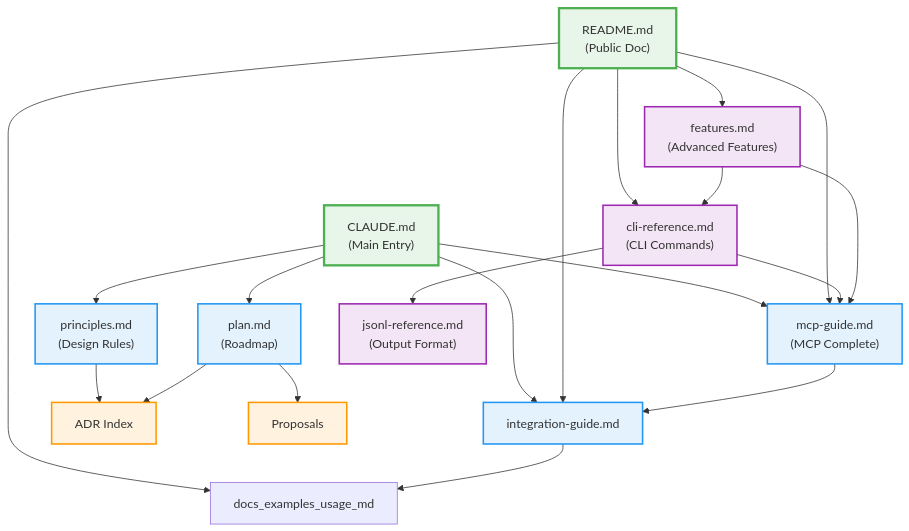
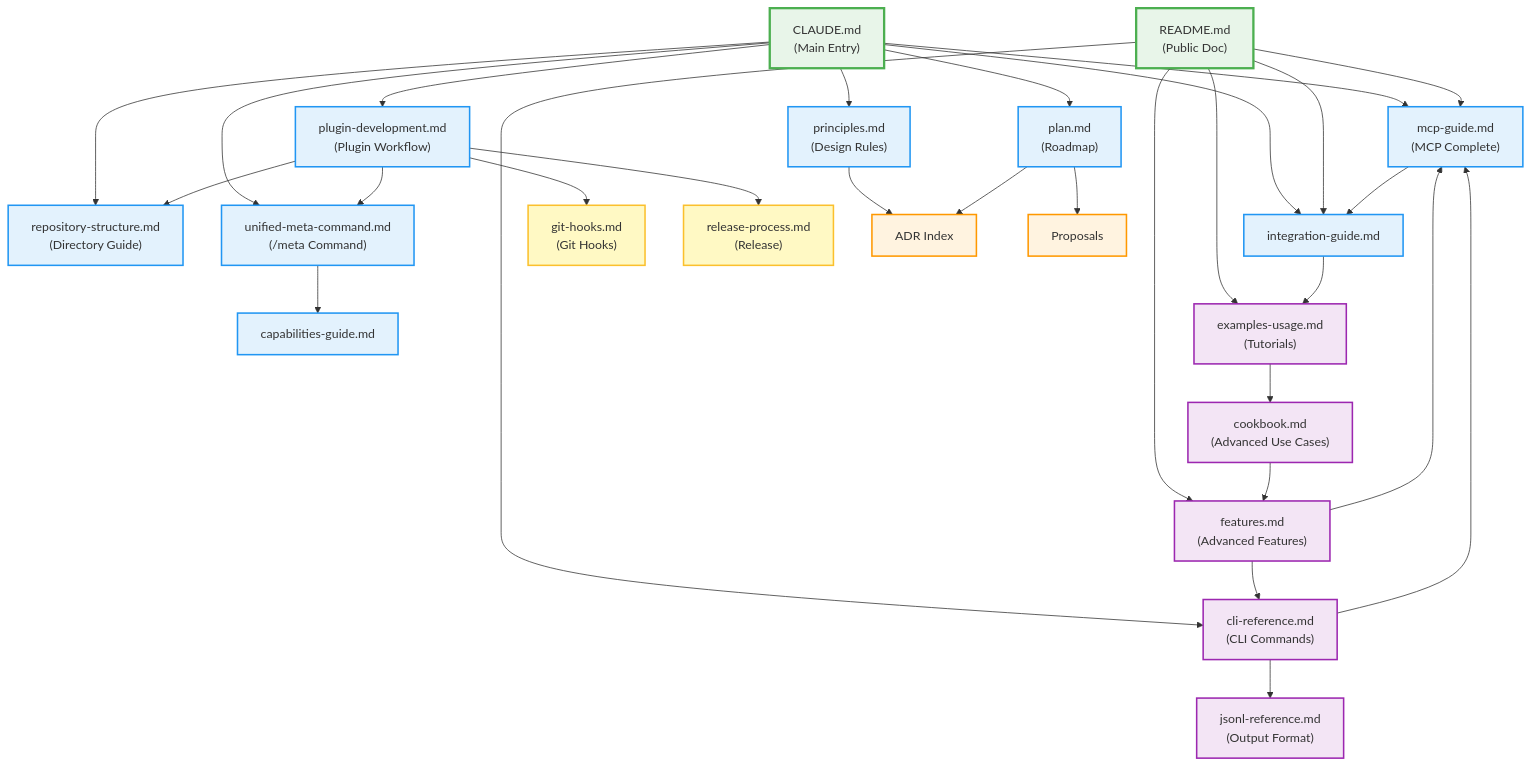
The diagram in docs/DOCUMENTATION_MAP.md (yaleh/meta-cc), drawn with Mermaid before and after one commit. The commit also changed other lines of this file and 6 other files, not shown here.

````diff
--- a/docs/DOCUMENTATION_MAP.md
+++ b/docs/DOCUMENTATION_MAP.md
@@ -7,53 +7,74 @@
 ```mermaid
 graph TD
 
   %% Core Entry Points
   CLAUDE_md["CLAUDE.md<br/>(Main Entry)"]:::entry
   README_md["README.md<br/>(Public Doc)"]:::entry
 
   %% Key Guides
   docs_plan_md["plan.md<br/>(Roadmap)"]:::guide
   docs_principles_md["principles.md<br/>(Design Rules)"]:::guide
+  docs_plugin_development_md["plugin-development.md<br/>(Plugin Workflow)"]:::guide
+  docs_repository_structure_md["repository-structure.md<br/>(Directory Guide)"]:::guide
+  docs_unified_meta_command_md["unified-meta-command.md<br/>(/meta Command)"]:::guide
   docs_integration_guide_md["integration-guide.md"]:::guide
   docs_mcp_guide_md["mcp-guide.md<br/>(MCP Complete)"]:::guide
+  docs_capabilities_guide_md["capabilities-guide.md"]:::guide
+
+  %% Maintenance Guides
+  docs_git_hooks_md["git-hooks.md<br/>(Git Hooks)"]:::maintenance
+  docs_release_process_md["release-process.md<br/>(Release)"]:::maintenance
 
   %% Reference Docs
   docs_cli_reference_md["cli-reference.md<br/>(CLI Commands)"]:::reference
   docs_jsonl_reference_md["jsonl-reference.md<br/>(Output Format)"]:::reference
   docs_features_md["features.md<br/>(Advanced Features)"]:::reference
+  docs_examples_usage_md["examples-usage.md<br/>(Tutorials)"]:::reference
+  docs_cookbook_md["cookbook.md<br/>(Advanced Use Cases)"]:::reference
 
   %% Architecture
   docs_adr_README_md["ADR Index"]:::adr
   docs_proposals_md["Proposals"]:::adr
 
   %% Dependencies - Core Entry Points
   CLAUDE_md --> docs_principles_md
   CLAUDE_md --> docs_plan_md
+  CLAUDE_md --> docs_plugin_development_md
+  CLAUDE_md --> docs_repository_structure_md
   CLAUDE_md --> docs_mcp_guide_md
   CLAUDE_md --> docs_integration_guide_md
+  CLAUDE_md --> docs_unified_meta_command_md
 
   README_md --> docs_mcp_guide_md
   README_md --> docs_integration_guide_md
   README_md --> docs_examples_usage_md
   README_md --> docs_cli_reference_md
   README_md --> docs_features_md
 
   %% Dependencies - Guides
   docs_principles_md --> docs_adr_README_md
   docs_plan_md --> docs_adr_README_md
   docs_plan_md --> docs_proposals_md
+  docs_plugin_development_md --> docs_git_hooks_md
+  docs_plugin_development_md --> docs_release_process_md
+  docs_plugin_development_md --> docs_repository_structure_md
+  docs_plugin_development_md --> docs_unified_meta_command_md
+  docs_unified_meta_command_md --> docs_capabilities_guide_md
   docs_integration_guide_md --> docs_examples_usage_md
   docs_mcp_guide_md --> docs_integration_guide_md
+  docs_examples_usage_md --> docs_cookbook_md
 
   %% Dependencies - Reference
   docs_cli_reference_md --> docs_jsonl_reference_md
   docs_cli_reference_md --> docs_mcp_guide_md
   docs_features_md --> docs_cli_reference_md
   docs_features_md --> docs_mcp_guide_md
+  docs_cookbook_md --> docs_features_md
 
   %% Styles
   classDef entry fill:#e8f5e9,stroke:#4caf50,stroke-width:3px
   classDef guide fill:#e3f2fd,stroke:#2196f3,stroke-width:2px
+  classDef maintenance fill:#fff9c4,stroke:#fbc02d,stroke-width:2px
   classDef reference fill:#f3e5f5,stroke:#9c27b0,stroke-width:2px
   classDef adr fill:#fff3e0,stroke:#ff9800,stroke-width:2px
 ```
````
